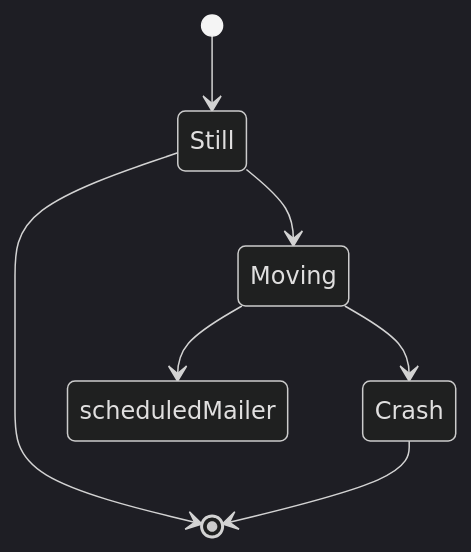
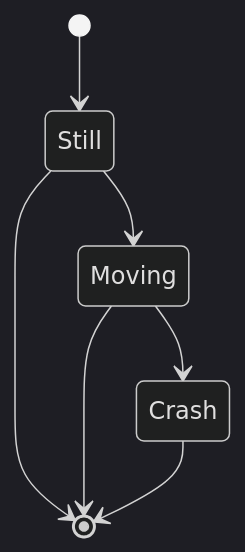
Before and after one commit to TalPeretzSwimm/Tal-github-app: the diagram in .swm/mermaid.c9juz.sw.md, drawn with Mermaid (dark theme). The commit also changed other lines of this file, not shown here.

Commit message:
docs(swimm): update swimms: "mermaid"

````diff
--- a/.swm/mermaid.c9juz.sw.md
+++ b/.swm/mermaid.c9juz.sw.md
@@ -15,9 +15,9 @@
 ```mermaid
 stateDiagram-v2
-    [*] --> Still
-    Still --> [*]
-    Still --> Moving
-    Moving --> scheduledMailer
-    Moving --> Crash
-    Crash --> [*]
+[*] --> Still
+Still --> [*]
+Still --> Moving
+Moving --> [*]
+Moving --> Crash
+Crash --> [*]
 ```
````
